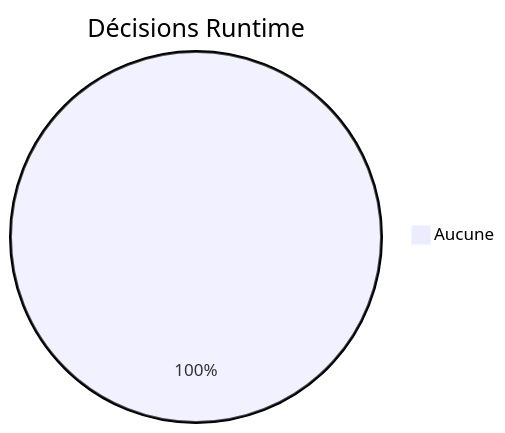
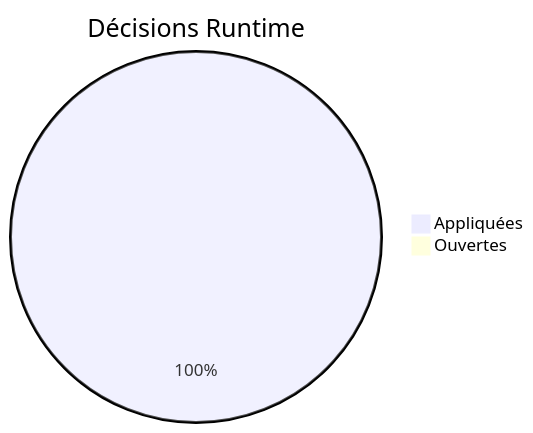
The second of 5 diagrams in docs/runtime/14_DECISIONS_RUNTIME.md (JavaChrist/Tai-Chi-AI-Coach), drawn with Mermaid before and after one commit. The commit also changed other lines of this file and 14 other files, not shown here.

````diff
--- a/docs/runtime/14_DECISIONS_RUNTIME.md
+++ b/docs/runtime/14_DECISIONS_RUNTIME.md
@@ -59,4 +74,5 @@
 ```mermaid
 pie title Décisions Runtime
-  "Aucune" : 1
+  "Appliquées" : 1
+  "Ouvertes" : 0
 ```
````
